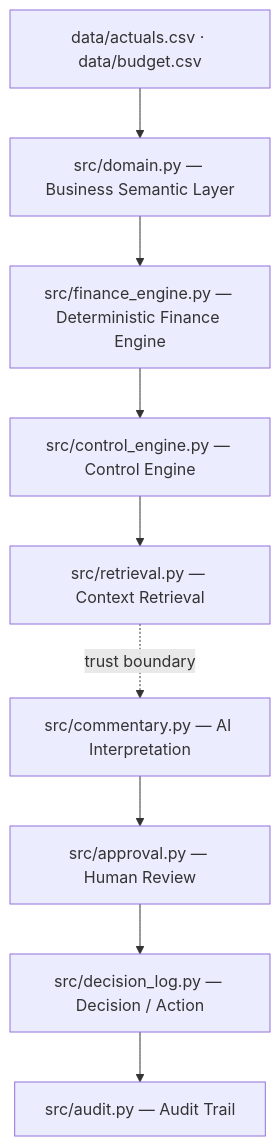
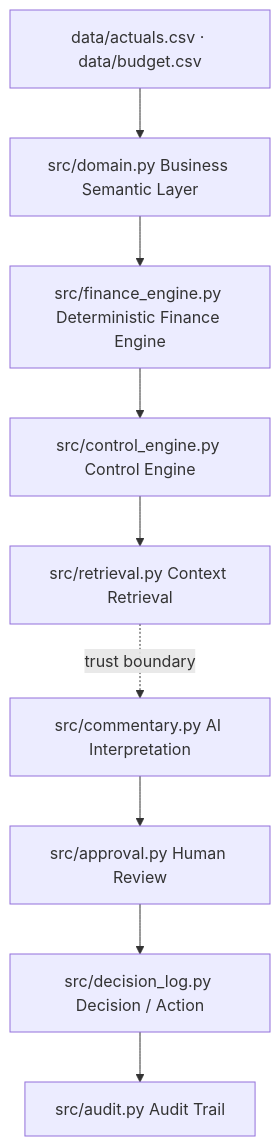
One commit to anasbenazzouz/benacta-decision-intelligence-blueprint changed the second of 2 diagrams in README.md. Above: the diagram before and after it, drawn with Mermaid. The commit also changed other lines of this file and 38 other files, not shown here.

````diff
--- a/README.md
+++ b/README.md
@@ -180,11 +180,11 @@
 ```mermaid
 flowchart TD
-    A["data/actuals.csv · data/budget.csv"] --> B["src/domain.py — Business Semantic Layer"]
-    B --> C["src/finance_engine.py — Deterministic Finance Engine"]
-    C --> D["src/control_engine.py — Control Engine"]
-    D --> E["src/retrieval.py — Context Retrieval"]
-    E -. trust boundary .-> F["src/commentary.py — AI Interpretation"]
-    F --> G["src/approval.py — Human Review"]
-    G --> H["src/decision_log.py — Decision / Action"]
-    H --> I["src/audit.py — Audit Trail"]
+    A["data/actuals.csv · data/budget.csv"] --> B["src/domain.py Business Semantic Layer"]
+    B --> C["src/finance_engine.py Deterministic Finance Engine"]
+    C --> D["src/control_engine.py Control Engine"]
+    D --> E["src/retrieval.py Context Retrieval"]
+    E -. trust boundary .-> F["src/commentary.py AI Interpretation"]
+    F --> G["src/approval.py Human Review"]
+    G --> H["src/decision_log.py Decision / Action"]
+    H --> I["src/audit.py Audit Trail"]
 ```
````
